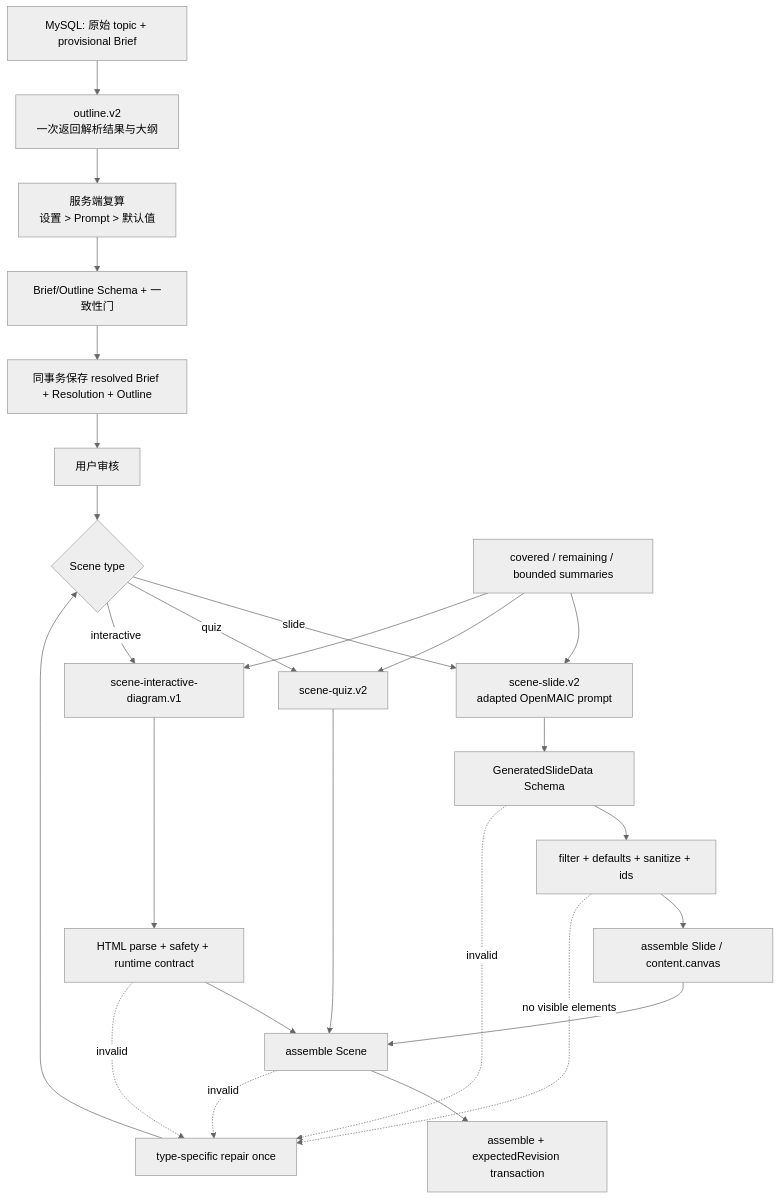
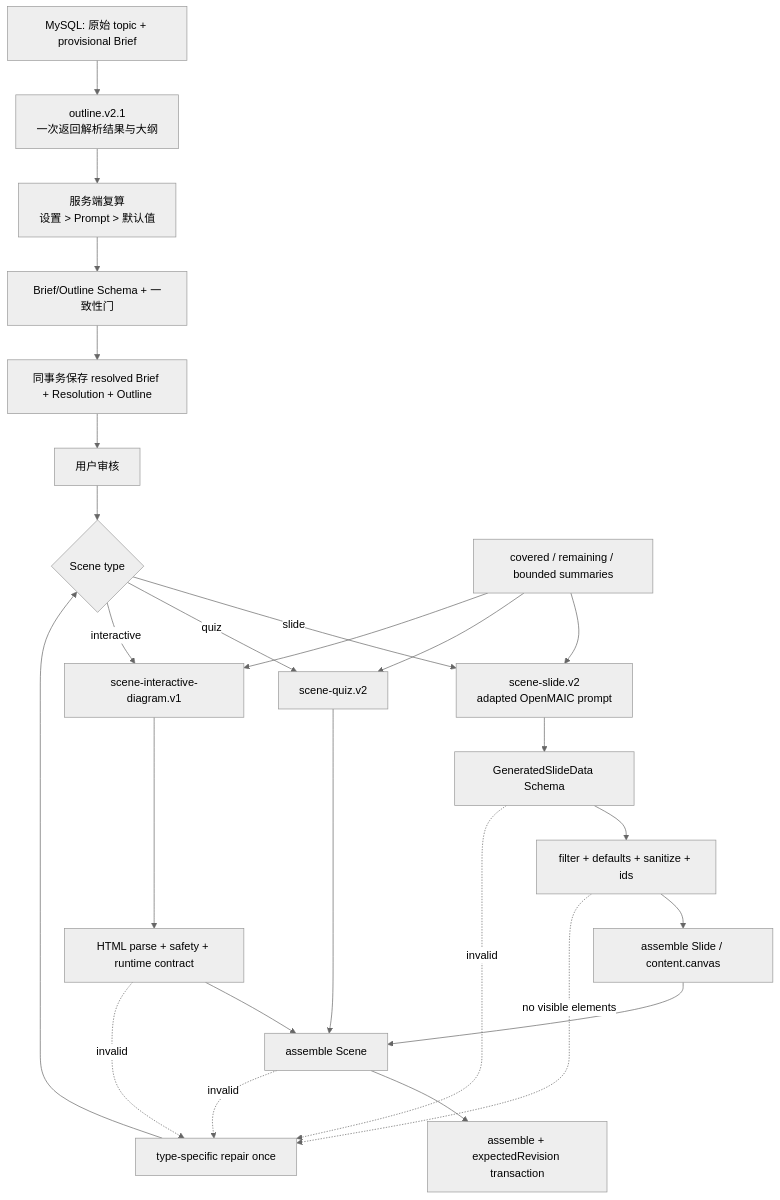
Before and after one commit to shuige666666/ai-teaching-assistance-platform: the second of 2 diagrams in docs/05-generation-pipeline.md, drawn with Mermaid (neutral theme). The commit also changed other lines of this file and 28 other files, not shown here.

````diff
--- a/docs/05-generation-pipeline.md
+++ b/docs/05-generation-pipeline.md
@@ -87,32 +87,32 @@
 ```mermaid
 flowchart TD
-    Draft["MySQL: 原始 topic + provisional Brief"] --> OutlineV2["outline.v2<br/>一次返回解析结果与大纲"]
+    Draft["MySQL: 原始 topic + provisional Brief"] --> OutlineV2["outline.v2.1<br/>一次返回解析结果与大纲"]
     OutlineV2 --> BriefResolver["服务端复算<br/>设置 > Prompt > 默认值"]
     BriefResolver --> OutlineGate["Brief/Outline Schema + 一致性门"]
     OutlineGate --> PersistOutline["同事务保存 resolved Brief + Resolution + Outline"]
     PersistOutline --> Review["用户审核"]
     Review --> Route{"Scene type"}
 
     Route -->|slide| SlideV2["scene-slide.v2<br/>adapted OpenMAIC prompt"]
     Route -->|quiz| QuizV2["scene-quiz.v2"]
     Route -->|interactive| DiagramV1["scene-interactive-diagram.v1"]
 
     Memory["covered / remaining / bounded summaries"] --> SlideV2
     Memory --> QuizV2
     Memory --> DiagramV1
 
     SlideV2 --> SlideSchema["GeneratedSlideData Schema"]
     SlideSchema --> Normalize["filter + defaults + sanitize + ids"]
     Normalize --> BuildSlide["assemble Slide / content.canvas"]
     BuildSlide --> SceneGate["assemble Scene"]
     QuizV2 --> SceneGate
     DiagramV1 --> HtmlGate["HTML parse + safety + runtime contract"]
     HtmlGate --> SceneGate
     SceneGate --> Persist["assemble + expectedRevision transaction"]
 
     SlideSchema -.invalid.-> RepairOnce["type-specific repair once"]
     Normalize -.no visible elements.-> RepairOnce
     SceneGate -.invalid.-> RepairOnce
     HtmlGate -.invalid.-> RepairOnce
     RepairOnce --> Route
 ```
````
